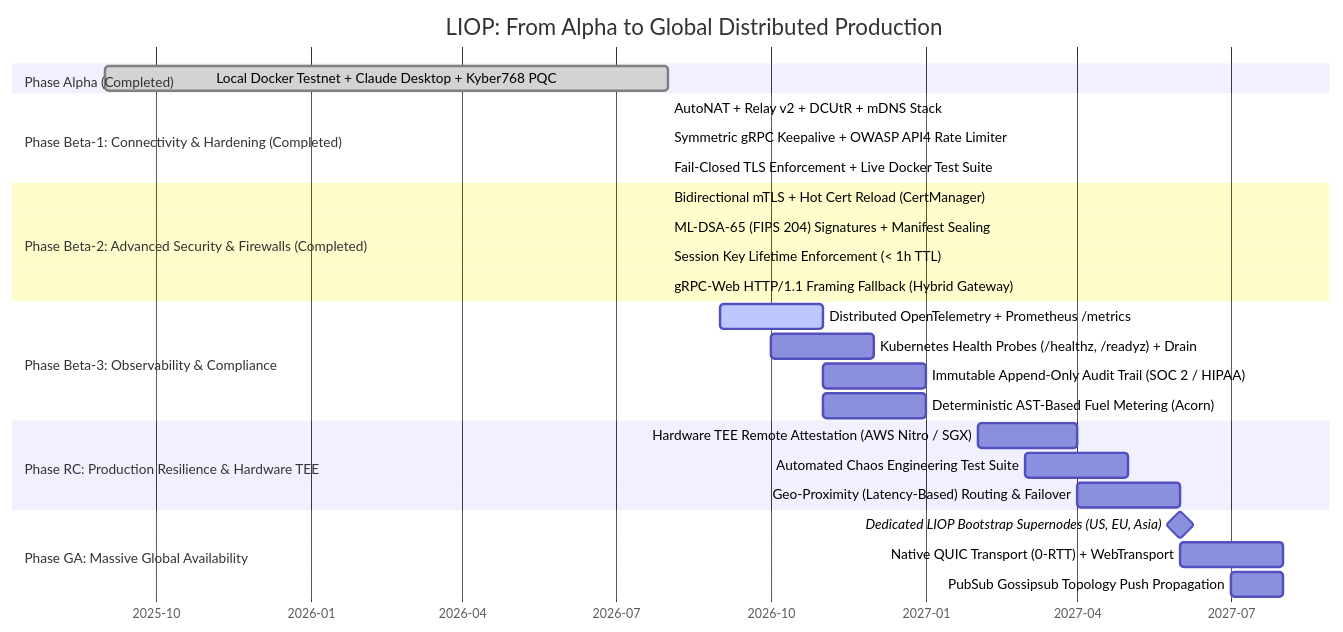
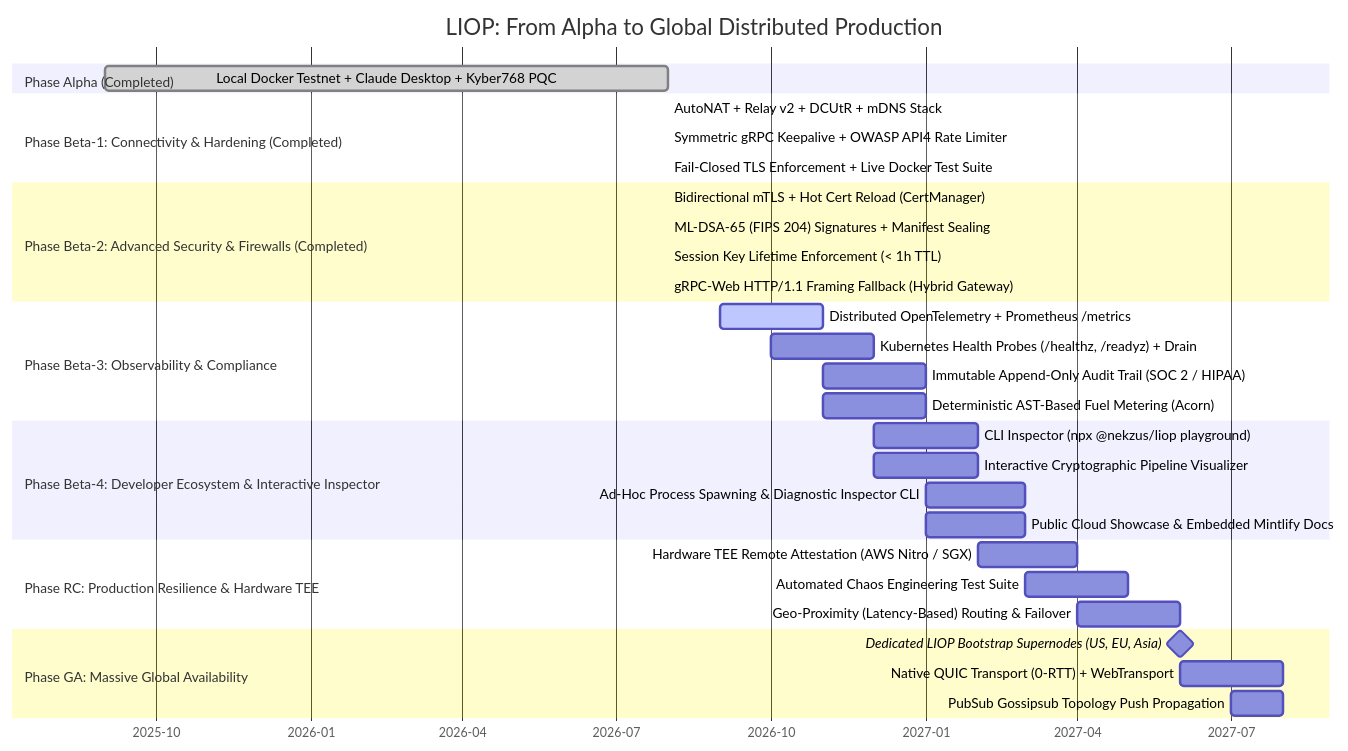
One commit to Nekzus/LIOP changed the diagram in docs/ROADMAP_GLOBAL_MESH.md. Above: the diagram before and after it, drawn with Mermaid. The commit also changed other lines of this file, not shown here.

Commit message:
docs(roadmap): formally incorporate Phase Beta-4 (Developer Ecosystem & Interactive Inspector) into global mesh roadmap

````diff
--- a/docs/ROADMAP_GLOBAL_MESH.md
+++ b/docs/ROADMAP_GLOBAL_MESH.md
@@ -9,36 +9,42 @@
 ```mermaid
 gantt
     title LIOP: From Alpha to Global Distributed Production
     dateFormat YYYY-MM
     axisFormat %Y-%m
     
     section Phase Alpha (Completed)
     Local Docker Testnet + Claude Desktop + Kyber768 PQC :done, 2025-09, 2026-08
     
     section Phase Beta-1: Connectivity & Hardening (Completed)
     AutoNAT + Relay v2 + DCUtR + mDNS Stack              :done, 2026-08, 2026-08
     Symmetric gRPC Keepalive + OWASP API4 Rate Limiter   :done, 2026-08, 2026-08
     Fail-Closed TLS Enforcement + Live Docker Test Suite :done, 2026-08, 2026-08
     
     section Phase Beta-2: Advanced Security & Firewalls (Completed)
     Bidirectional mTLS + Hot Cert Reload (CertManager)   :done, 2026-08, 2026-08
     ML-DSA-65 (FIPS 204) Signatures + Manifest Sealing   :done, 2026-08, 2026-08
     Session Key Lifetime Enforcement (< 1h TTL)          :done, 2026-08, 2026-08
     gRPC-Web HTTP/1.1 Framing Fallback (Hybrid Gateway)  :done, 2026-08, 2026-08
     
     section Phase Beta-3: Observability & Compliance
     Distributed OpenTelemetry + Prometheus /metrics      :active, 2026-09, 2026-11
     Kubernetes Health Probes (/healthz, /readyz) + Drain :2026-10, 2026-12
     Immutable Append-Only Audit Trail (SOC 2 / HIPAA)    :2026-11, 2027-01
     Deterministic AST-Based Fuel Metering (Acorn)        :2026-11, 2027-01
     
+    section Phase Beta-4: Developer Ecosystem & Interactive Inspector
+    CLI Inspector (npx @nekzus/liop playground)          :2026-12, 2027-02
+    Interactive Cryptographic Pipeline Visualizer        :2026-12, 2027-02
+    Ad-Hoc Process Spawning & Diagnostic Inspector CLI   :2027-01, 2027-03
+    Public Cloud Showcase & Embedded Mintlify Docs       :2027-01, 2027-03
+    
     section Phase RC: Production Resilience & Hardware TEE
     Hardware TEE Remote Attestation (AWS Nitro / SGX)    :2027-02, 2027-04
     Automated Chaos Engineering Test Suite               :2027-03, 2027-05
     Geo-Proximity (Latency-Based) Routing & Failover     :2027-04, 2027-06
     
     section Phase GA: Massive Global Availability
     Dedicated LIOP Bootstrap Supernodes (US, EU, Asia)   :milestone, 2027-06, 0d
     Native QUIC Transport (0-RTT) + WebTransport         :2027-06, 2027-08
     PubSub Gossipsub Topology Push Propagation           :2027-07, 2027-08
 ```
````
